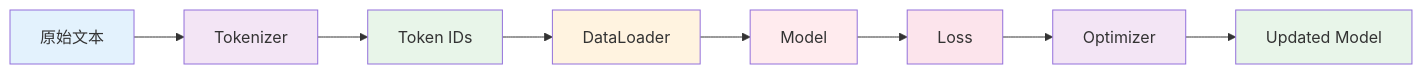
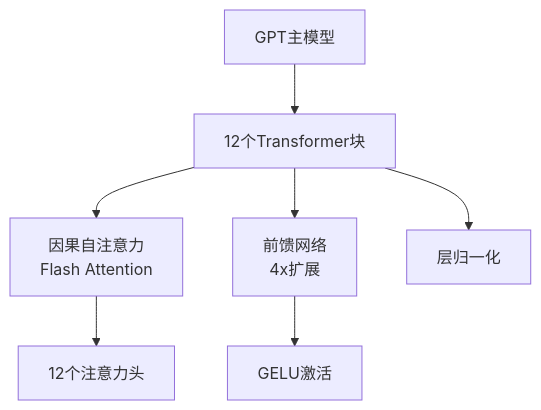
One commit to CeciliaGuo331/nano-gpt changed the second of 3 diagrams in docs/ARCHITECTURE.md. Above: the diagram before and after it, drawn with Mermaid. The commit also changed other lines of this file and 12 other files, not shown here.

````diff
--- a/docs/ARCHITECTURE.md
+++ b/docs/ARCHITECTURE.md
@@ -260,19 +42,10 @@
 ```mermaid
-graph LR
-    A[原始文本] --> B[Tokenizer]
-    B --> C[Token IDs]
-    C --> D[DataLoader]
-    D --> E[Model]
-    E --> F[Loss]
-    F --> G[Optimizer]
-    G --> H[Updated Model]
+graph TD
+    GPT[GPT主模型] --> TB[12个Transformer块]
+    TB --> CA[因果自注意力<br/>Flash Attention]
+    TB --> FF[前馈网络<br/>4x扩展]
+    TB --> LN[层归一化]
     
-    style A fill:#e3f2fd
-    style B fill:#f3e5f5
-    style C fill:#e8f5e9
-    style D fill:#fff3e0
-    style E fill:#ffebee
-    style F fill:#fce4ec
-    style G fill:#f3e5f5
-    style H fill:#e8f5e9
+    CA --> MH[12个注意力头]
+    FF --> GELU[GELU激活]
 ```
````
